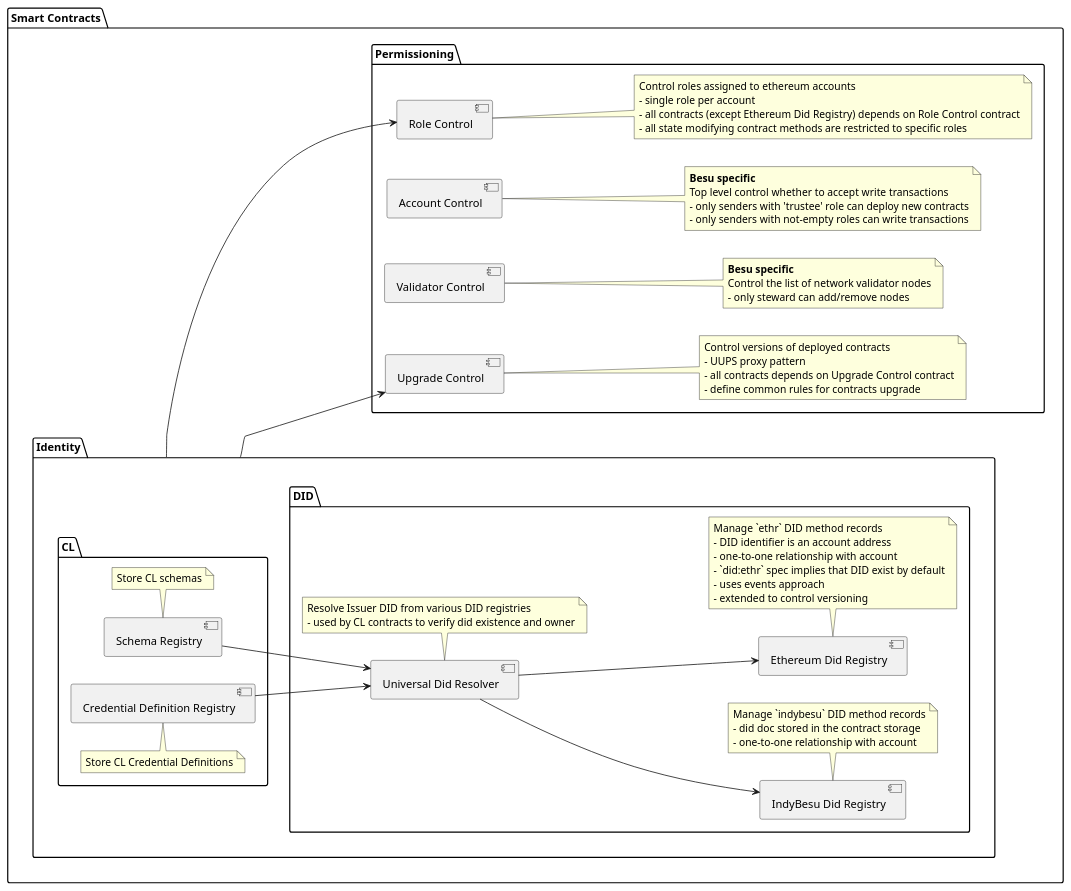
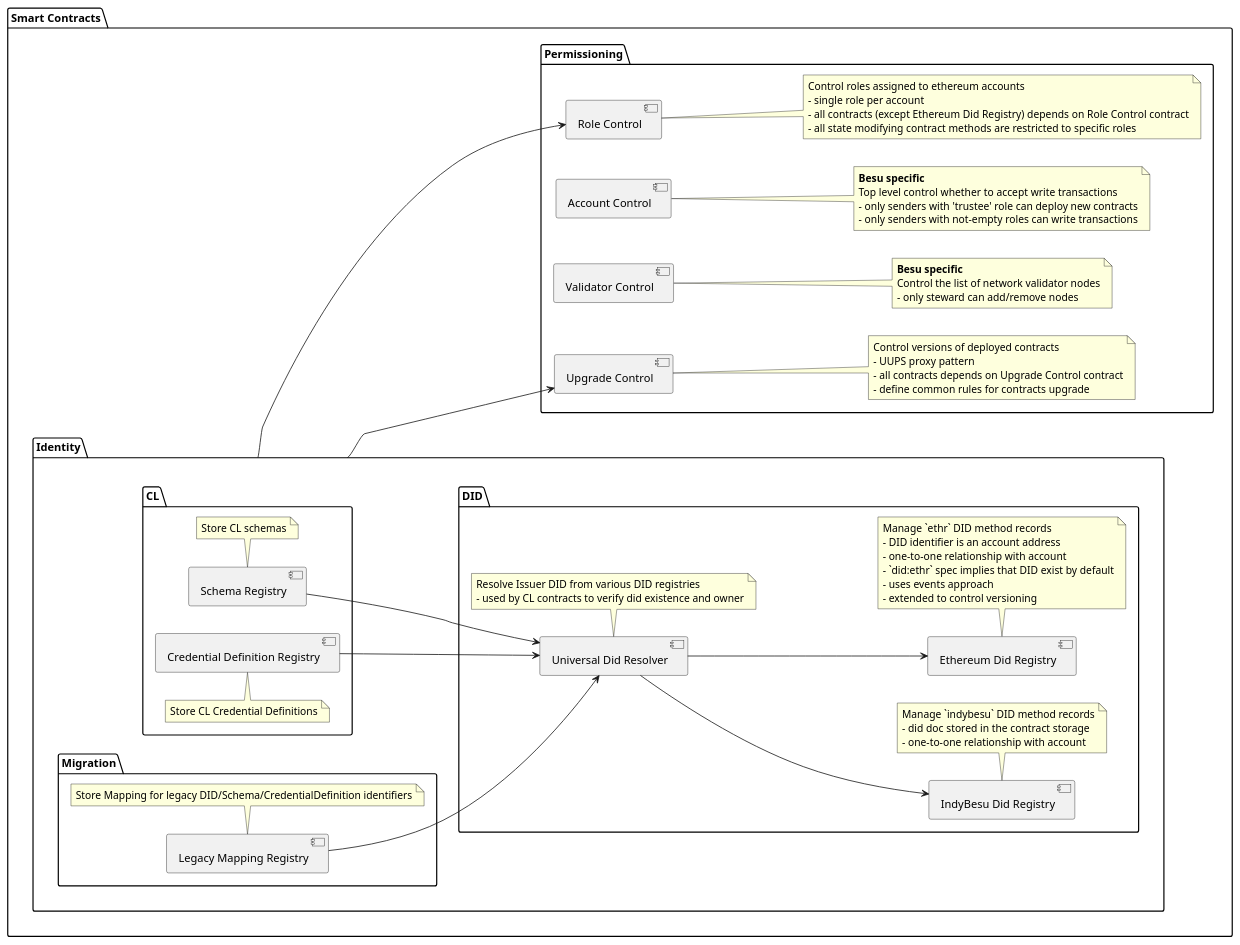
Before and after one commit to hyperledger/indy-besu: the diagram in docs/design/contracts.puml, drawn with PlantUML. The commit also changed 50 other files, not shown here.

```diff
--- a/docs/design/contracts.puml
+++ b/docs/design/contracts.puml
@@ -1,91 +1,99 @@
 @startuml
 
 left to right direction
 
 package "Smart Contracts" {
 
     package "Permissioning" {
 
         component [Role Control]
         note right of [Role Control]
           Control roles assigned to ethereum accounts
           - single role per account
           - all contracts (except Ethereum Did Registry) depends on Role Control contract
           - all state modifying contract methods are restricted to specific roles
         end note
 
         component [Account Control]
         note right of [Account Control]
           **Besu specific**
           Top level control whether to accept write transactions
           - only senders with 'trustee' role can deploy new contracts
           - only senders with not-empty roles can write transactions
         end note
 
         component [Validator Control]
         note right of [Validator Control]
           **Besu specific**
           Control the list of network validator nodes
           - only steward can add/remove nodes
         end note
 
         component [Upgrade Control]
         note right of [Upgrade Control]
           Control versions of deployed contracts
           - UUPS proxy pattern
           - all contracts depends on Upgrade Control contract
           - define common rules for contracts upgrade
         end note
     }
 
     package "Identity" {
 
        package "DID" {
 
             component [IndyBesu Did Registry]
             note bottom of [IndyBesu Did Registry]
               Manage `indybesu` DID method records
               - did doc stored in the contract storage
               - one-to-one relationship with account
             end note
 
             component [Ethereum Did Registry]
             note bottom of [Ethereum Did Registry]
               Manage `ethr` DID method records
               - DID identifier is an account address
               - one-to-one relationship with account
               - `did:ethr` spec implies that DID exist by default
               - uses events approach
               - extended to control versioning
             end note
 
             component [Universal Did Resolver]
             note bottom of [Universal Did Resolver]
               Resolve Issuer DID from various DID registries
               - used by CL contracts to verify did existence and owner
             end note
         }
 
         package "CL" {
 
             component [Schema Registry]
             note bottom of [Schema Registry]
               Store CL schemas
             end note
 
             component [Credential Definition Registry]
             note top of [Credential Definition Registry]
               Store CL Credential Definitions
             end note
         }
+
+        package "Migration" {
+            component [Legacy Mapping Registry]
+            note bottom of [Legacy Mapping Registry]
+              Store Mapping for legacy DID/Schema/CredentialDefinition identifiers
+            end note
+        }
     }
 
     [Identity] --> [Role Control]
     [Identity] --> [Upgrade Control]
     [Universal Did Resolver] --> [IndyBesu Did Registry]
     [Universal Did Resolver] --> [Ethereum Did Registry]
     [Schema Registry] --> [Universal Did Resolver]
     [Credential Definition Registry] --> [Universal Did Resolver]
+    [Legacy Mapping Registry] --> [Universal Did Resolver]
 }
 
 @enduml
```
